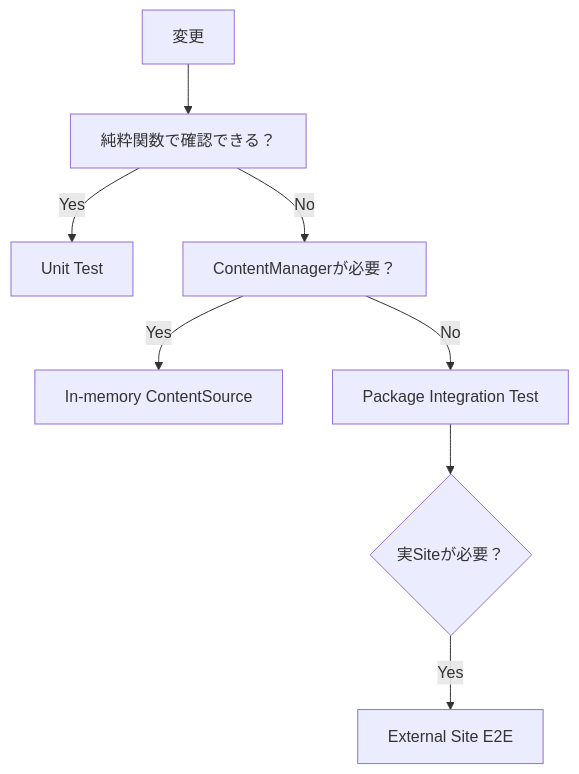
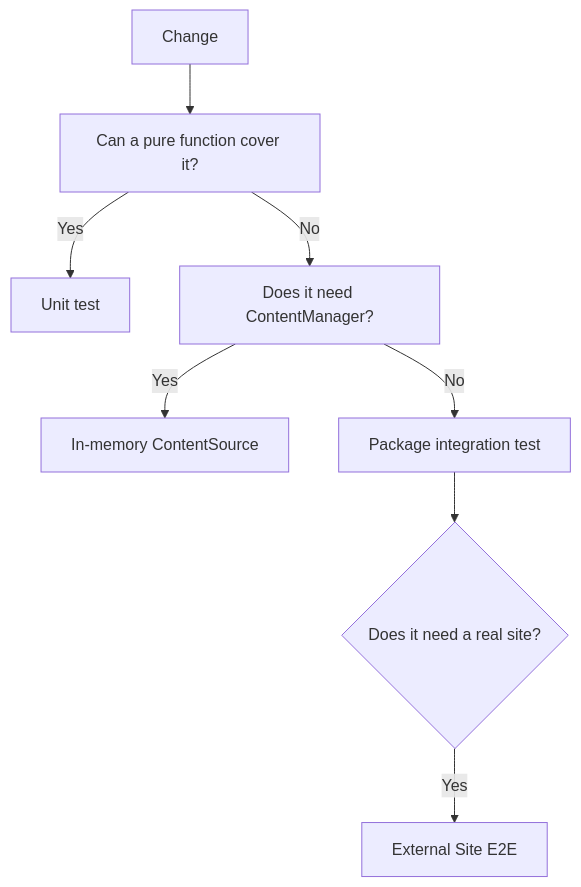
The fifth of 6 diagrams in docs/docs/framework/testing.md (Rerurate514/riebeckite), drawn with Mermaid before and after one commit. The commit also changed other lines of this file and 604 other files, not shown here.

````diff
--- a/docs/docs/framework/testing.md
+++ b/docs/docs/framework/testing.md
@@ -559,14 +271,14 @@
 ```mermaid
 flowchart TD
-    Change["変更"]
+    Change["Change"]
 
-    Change --> Pure["純粋関数で確認できる？"]
-    Pure -->|Yes| Unit["Unit Test"]
-    Pure -->|No| Content["ContentManagerが必要？"]
+    Change --> Pure["Can a pure function cover it?"]
+    Pure -->|Yes| Unit["Unit test"]
+    Pure -->|No| Content["Does it need ContentManager?"]
 
     Content -->|Yes| Manager["In-memory ContentSource"]
-    Content -->|No| Package["Package Integration Test"]
+    Content -->|No| Package["Package integration test"]
 
-    Package --> Site{"実Siteが必要？"}
+    Package --> Site{"Does it need a real site?"}
     Site -->|Yes| E2E["External Site E2E"]
 ```
````
